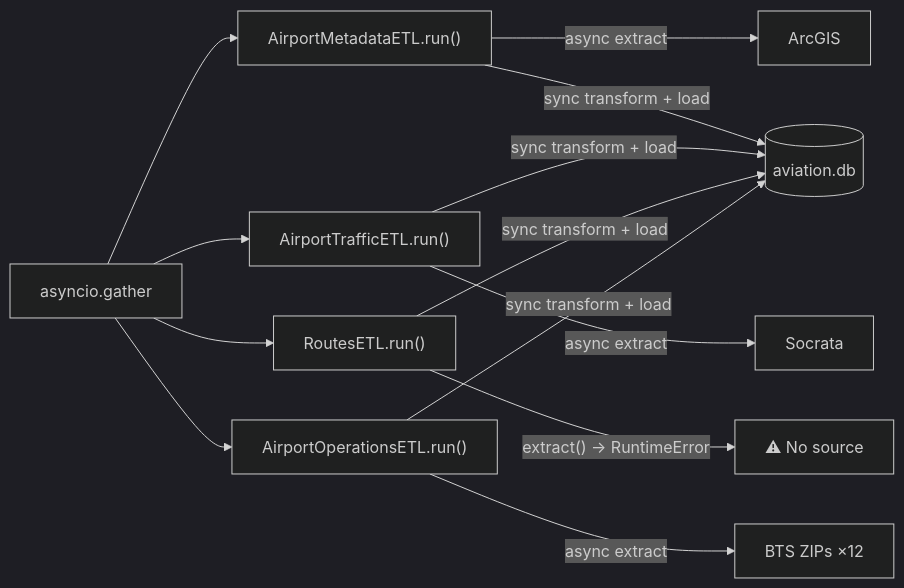
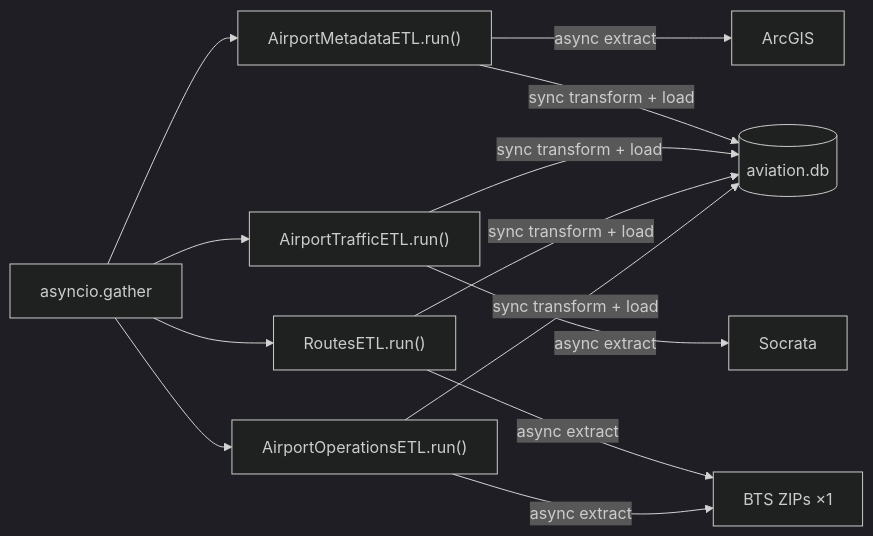
One commit to asafzenou/Airport-Investment-Intelligence-Agent changed the third of 3 diagrams in DOCS/DATA_ARCHITECTURE.md. Above: the diagram before and after it, drawn with Mermaid (dark theme). The commit also changed other lines of this file and 5 other files, not shown here.

````diff
--- a/DOCS/DATA_ARCHITECTURE.md
+++ b/DOCS/DATA_ARCHITECTURE.md
@@ -403,17 +433,17 @@
 ```mermaid
 flowchart LR
     G["asyncio.gather"] --> M["AirportMetadataETL.run()"]
     G --> T["AirportTrafficETL.run()"]
     G --> R["RoutesETL.run()"]
     G --> O["AirportOperationsETL.run()"]
 
     M -->|async extract| S1["ArcGIS"]
     T -->|async extract| S2["Socrata"]
-    R -->|"extract() → RuntimeError"| S3["⚠ No source"]
-    O -->|async extract| S4["BTS ZIPs ×12"]
+    R -->|async extract| S4["BTS ZIPs ×1"]
+    O -->|async extract| S4
 
     M -->|sync transform + load| DB[("aviation.db")]
     T -->|sync transform + load| DB
     R -->|sync transform + load| DB
     O -->|sync transform + load| DB
 ```
````
